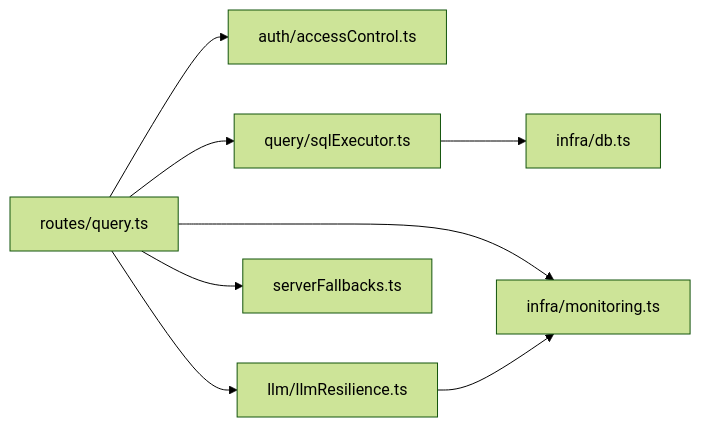
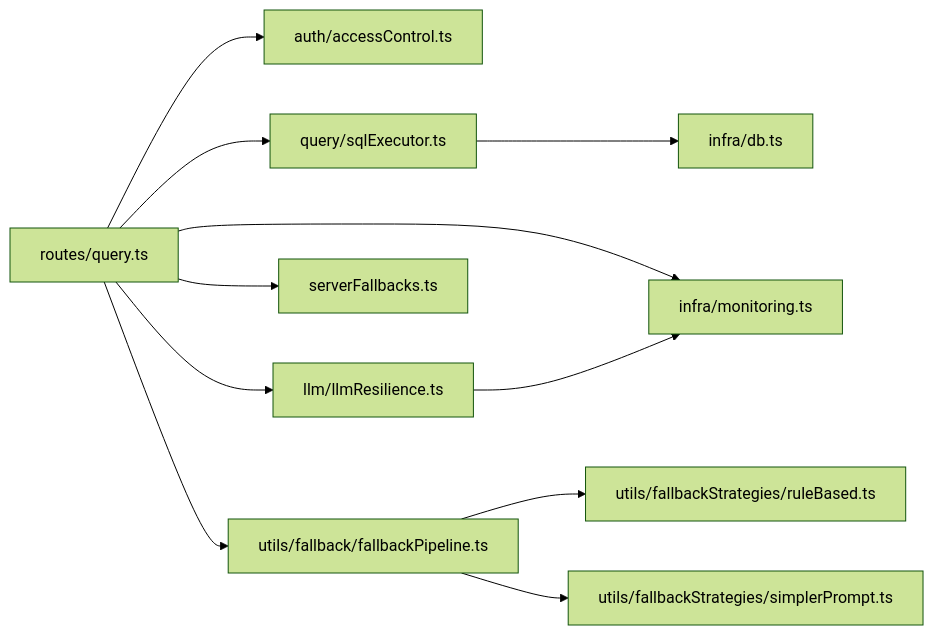
Before and after one commit to dgjin/smart-data-analytics: the ninth of 9 diagrams in .qoder/repowiki/zh/content/后端服务/API设计与规范/错误处理策略.md, drawn with Mermaid (forest theme). The commit also changed other lines of this file and 10 other files, not shown here.

````diff
--- a/.qoder/repowiki/zh/content/后端服务/API设计与规范/错误处理策略.md
+++ b/.qoder/repowiki/zh/content/后端服务/API设计与规范/错误处理策略.md
@@ -325,10 +409,13 @@
 ```mermaid
 graph LR
 Q["routes/query.ts"] --> AC["auth/accessControl.ts"]
 Q --> SE["query/sqlExecutor.ts"]
 Q --> LR["llm/llmResilience.ts"]
 Q --> MON["infra/monitoring.ts"]
 Q --> FB["serverFallbacks.ts"]
+Q --> FP["utils/fallback/fallbackPipeline.ts"]
+FP --> RB["utils/fallbackStrategies/ruleBased.ts"]
+FP --> SP["utils/fallbackStrategies/simplerPrompt.ts"]
 SE --> DB["infra/db.ts"]
 LR --> MON
 ```
````
